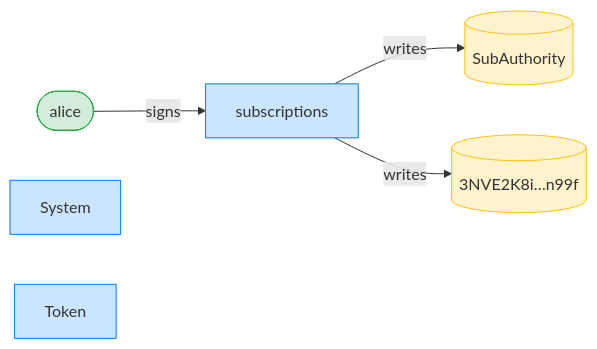
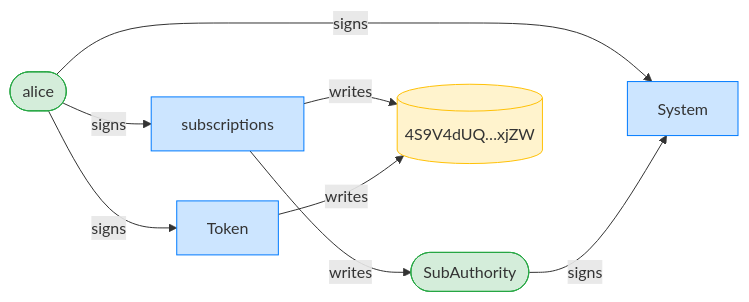
The third of 8 diagrams in dsl_tests/a-sponsor-cannot-revoke-a-non-expired-fixed-delegation.md (cds-rs/subscriptions), drawn with Mermaid before and after one commit. The commit also changed other lines of this file and 224 other files, not shown here.

````diff
--- a/dsl_tests/a-sponsor-cannot-revoke-a-non-expired-fixed-delegation.md
+++ b/dsl_tests/a-sponsor-cannot-revoke-a-non-expired-fixed-delegation.md
@@ -53,15 +54,19 @@
 ```mermaid
 flowchart LR
     classDef signer fill:#d4edda,stroke:#28a745;
     classDef program fill:#cce5ff,stroke:#007bff;
     classDef writable fill:#fff3cd,stroke:#ffc107;
     subscriptions[subscriptions]:::program
     alice([alice]):::signer
-    SubAuthority[(SubAuthority)]:::writable
-    3NVE2K8i_n99f[("3NVE2K8i…n99f")]:::writable
+    SubAuthority([SubAuthority]):::signer
+    4S9V4dUQ_xjZW[("4S9V4dUQ…xjZW")]:::writable
     System[System]:::program
     Token[Token]:::program
     alice -->|signs| subscriptions
+    alice -->|signs| System
+    SubAuthority -->|signs| System
+    alice -->|signs| Token
     subscriptions -->|writes| SubAuthority
-    subscriptions -->|writes| 3NVE2K8i_n99f
+    subscriptions -->|writes| 4S9V4dUQ_xjZW
+    Token -->|writes| 4S9V4dUQ_xjZW
 ```
````
